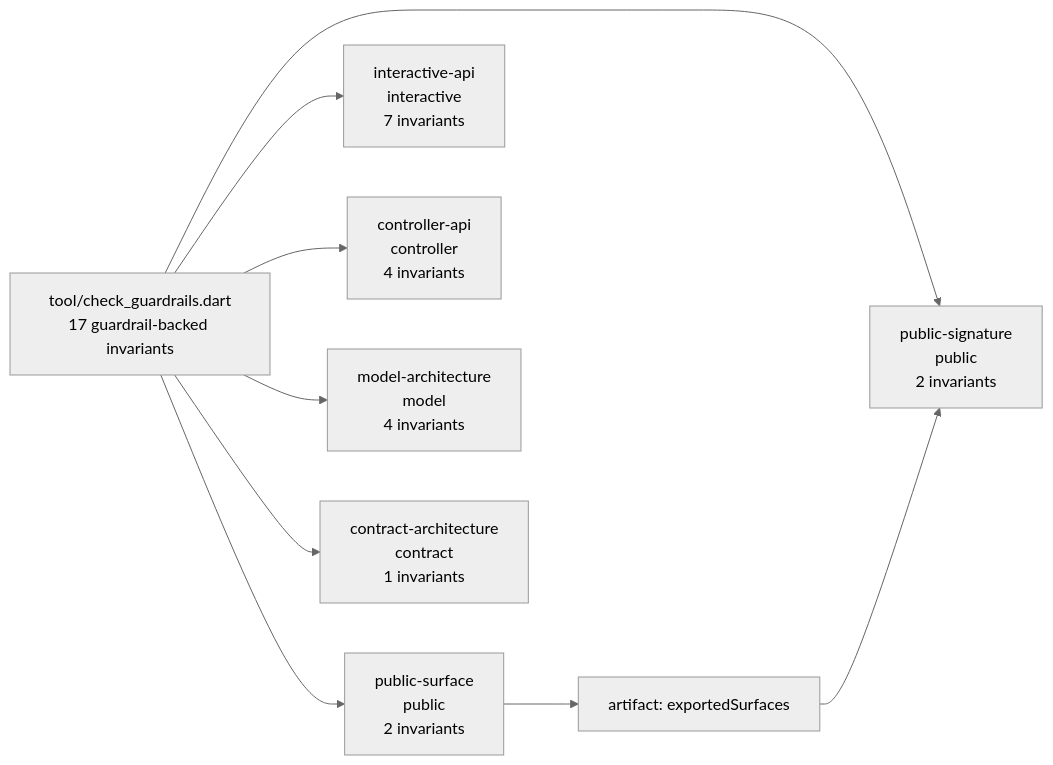
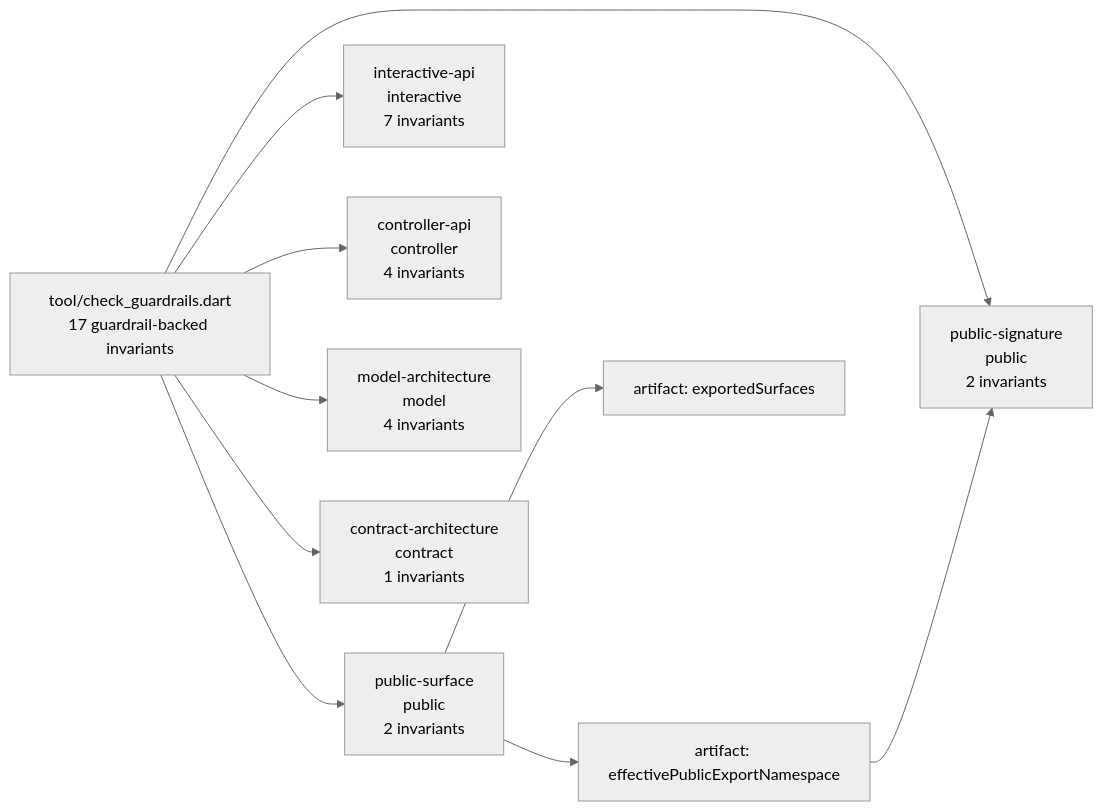
One commit to GreatPika/iwb_canvas_engine changed the diagram in docs/target_proof_architecture/evidence/proof_inventory.md. Above: the diagram before and after it, drawn with Mermaid (neutral theme). The commit also changed other lines of this file and 17 other files, not shown here.

First line of the commit message:
fix: unify public namespace signature proof

````diff
--- a/docs/target_proof_architecture/evidence/proof_inventory.md
+++ b/docs/target_proof_architecture/evidence/proof_inventory.md
@@ -3,19 +3,21 @@
 ```mermaid
 flowchart LR
   N0["tool/check_guardrails.dart\n17 guardrail-backed invariants"]
   N1["public-surface\npublic\n2 invariants"]
   N0 --> N1
   N2["public-signature\npublic\n2 invariants"]
   N0 --> N2
   N3["interactive-api\ninteractive\n7 invariants"]
   N0 --> N3
   N4["controller-api\ncontroller\n4 invariants"]
   N0 --> N4
   N5["model-architecture\nmodel\n4 invariants"]
   N0 --> N5
   N6["contract-architecture\ncontract\n1 invariants"]
   N0 --> N6
-  N7["artifact: exportedSurfaces"]
+  N7["artifact: effectivePublicExportNamespace"]
   N1 --> N7
   N7 --> N2
+  N8["artifact: exportedSurfaces"]
+  N1 --> N8
 ```
````
